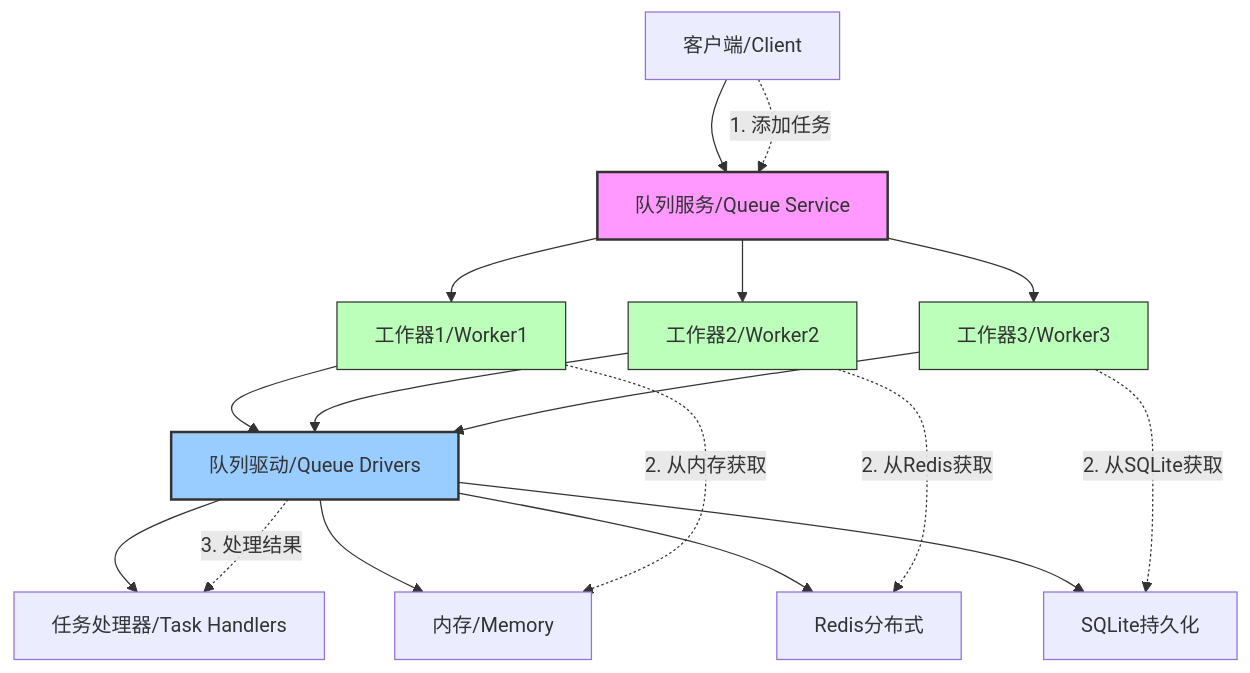
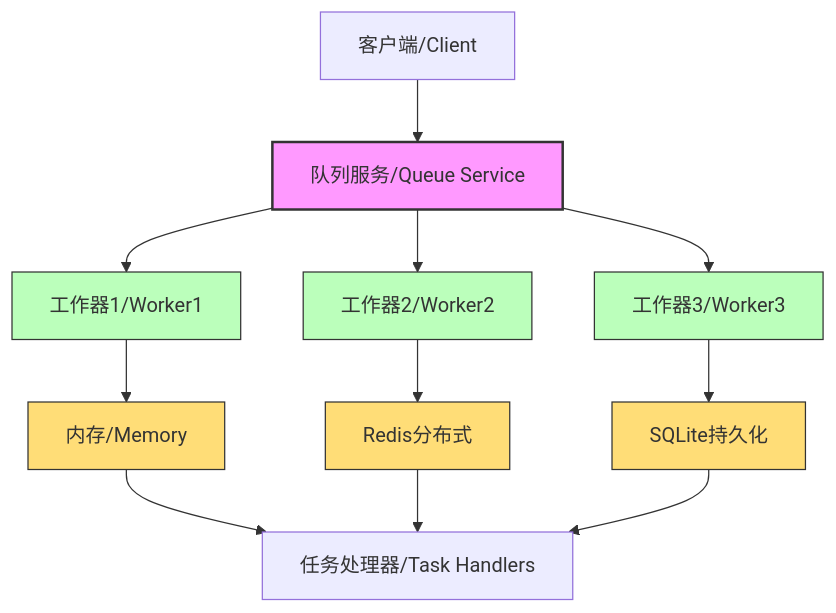
Before and after one commit to duxweb/go-queue: the diagram in README.md, drawn with Mermaid. The commit also changed other lines of this file, not shown here.

Commit message:
增加流程图说明

````diff
--- a/README.md
+++ b/README.md
@@ -12,36 +12,26 @@
 ```mermaid
 graph TD
-    Client["客户端/Client"] --> QueueService
+    Client["客户端/Client"] --> QueueService["队列服务/Queue Service"]
 
-    QueueService["队列服务/Queue Service"] --> Worker1
-    QueueService --> Worker2
-    QueueService --> Worker3
+    QueueService --> Worker1["工作器1/Worker1"]
+    QueueService --> Worker2["工作器2/Worker2"]
+    QueueService --> Worker3["工作器3/Worker3"]
 
-    Worker1["工作器1/Worker1"] --> Drivers
-    Worker2["工作器2/Worker2"] --> Drivers
-    Worker3["工作器3/Worker3"] --> Drivers
+    Worker1 --> Memory["内存/Memory"]
+    Worker2 --> Redis["Redis分布式"]
+    Worker3 --> SQLite["SQLite持久化"]
 
-    Drivers["队列驱动/Queue Drivers"] --> Handlers
-
-    Drivers --> Memory["内存/Memory"]
-    Drivers --> Redis["Redis分布式"]
-    Drivers --> SQLite["SQLite持久化"]
-
-    Handlers["任务处理器/Task Handlers"]
-
-    %% 添加步骤标签
-    Client -.->|"1. 添加任务"| QueueService
-    Worker1 -.->|"2. 从内存获取"| Memory
-    Worker2 -.->|"2. 从Redis获取"| Redis
-    Worker3 -.->|"2. 从SQLite获取"| SQLite
-    Drivers -.->|"3. 处理结果"| Handlers
+    Memory --> Handlers["任务处理器/Task Handlers"]
+    Redis --> Handlers
+    SQLite --> Handlers
 
     %% 样式
     classDef service fill:#f9f,stroke:#333,stroke-width:2px
     classDef driver fill:#9cf,stroke:#333,stroke-width:2px
     classDef worker fill:#bfb,stroke:#333,stroke-width:1px
+    classDef storage fill:#fd7,stroke:#333,stroke-width:1px
 
     class QueueService service
-    class Drivers driver
     class Worker1,Worker2,Worker3 worker
+    class Memory,Redis,SQLite storage
 ```
````
